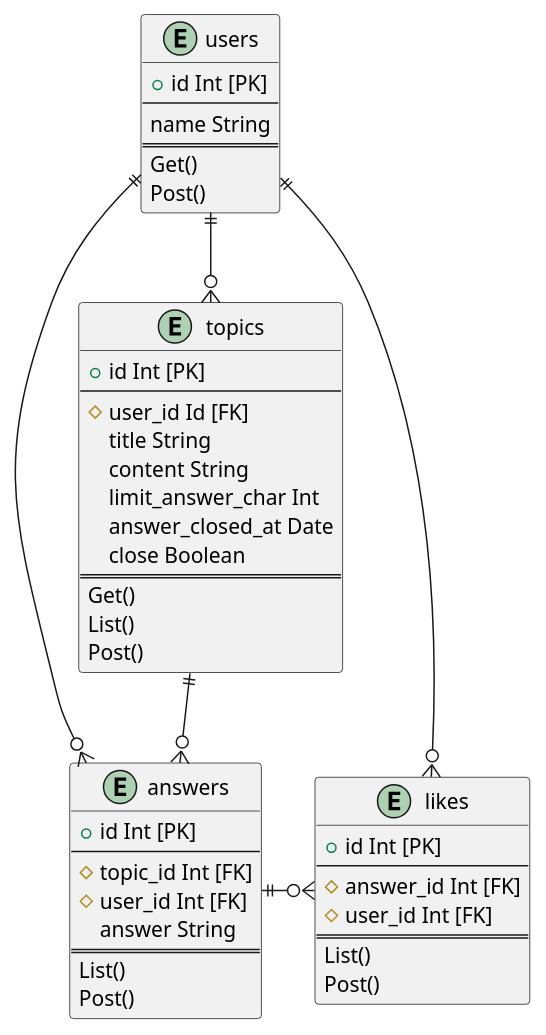
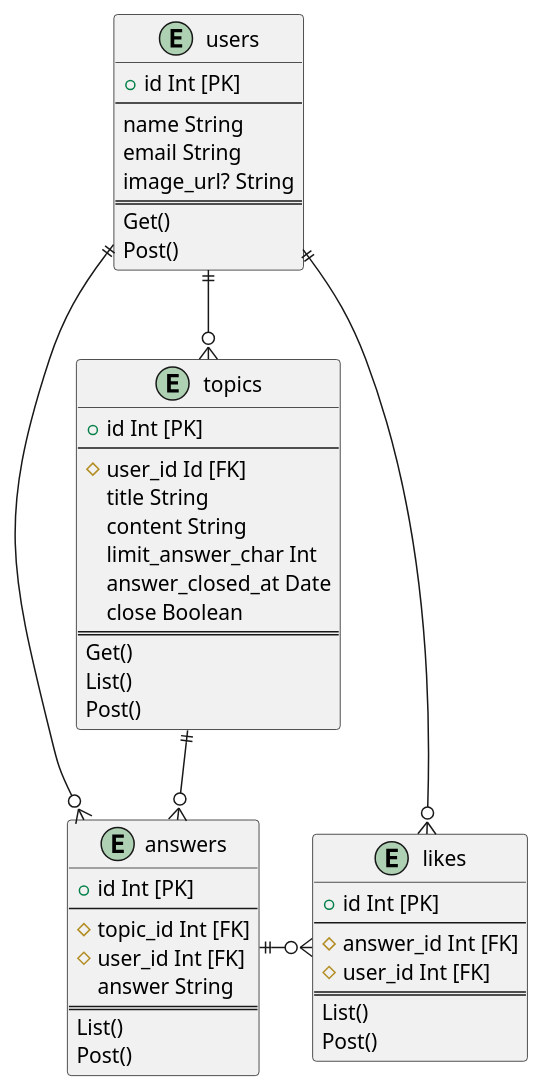
One commit to s-kawabe/clob changed the diagram in README.md. Above: the diagram before and after it, drawn with PlantUML. The commit also changed 3 other files, not shown here.

Commit message:
wip: fix schema.prisma

````diff
--- a/README.md
+++ b/README.md
@@ -47,55 +47,57 @@
 ```uml
 @startuml
 entity "users" {
   + id Int [PK]
   --
   name String
+  email String
+  image_url? String
   ==
   Get()
   Post()
 }
 
 entity "topics" {
   + id Int [PK]
   --
   # user_id Id [FK]
   title String
   content String
   limit_answer_char Int
   answer_closed_at Date
   close Boolean
   ==
   Get()
   List()
   Post()
 }
 
 entity "answers" {
   + id Int [PK]
   --
   # topic_id Int [FK]
   # user_id Int [FK]
   answer String
   ==
   List()
   Post()
 }
 
 entity "likes" {
   + id Int [PK]
   --
   # answer_id Int [FK]
   # user_id Int [FK]
   ==
   List()
   Post()
 }
 
 users ||--o{ topics
 users ||--o{ answers
 topics ||--o{ answers
 users ||--o{ likes
 answers ||-r-o{ likes
 
 @enduml
 ```
````
